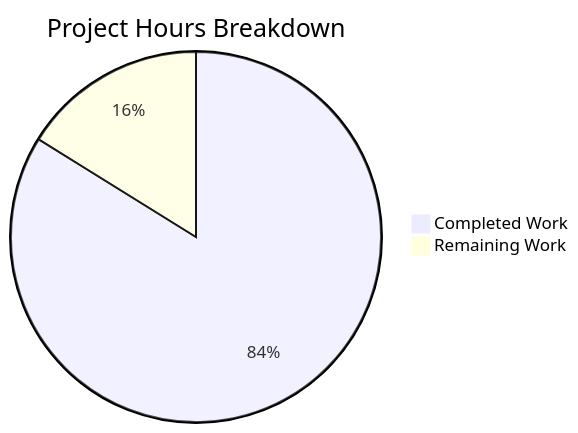
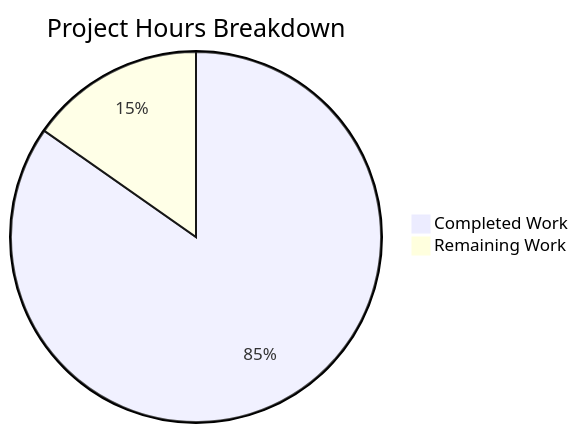
The second of 2 diagrams in blitzy/documentation/Project Guide.md (Blitzy-Sandbox/blitzy-cal), drawn with Mermaid before and after one commit. The commit also changed other lines of this file, not shown here.

Commit message:
Adding Blitzy Project Guide: Project Status and Human Tasks Remaining

````diff
--- a/blitzy/documentation/Project Guide.md
+++ b/blitzy/documentation/Project Guide.md
@@ -229,5 +227,5 @@
 ```mermaid
 pie title Project Hours Breakdown
-    "Completed Work" : 166
-    "Remaining Work" : 32
+    "Completed Work" : 305
+    "Remaining Work" : 55
 ```
````
